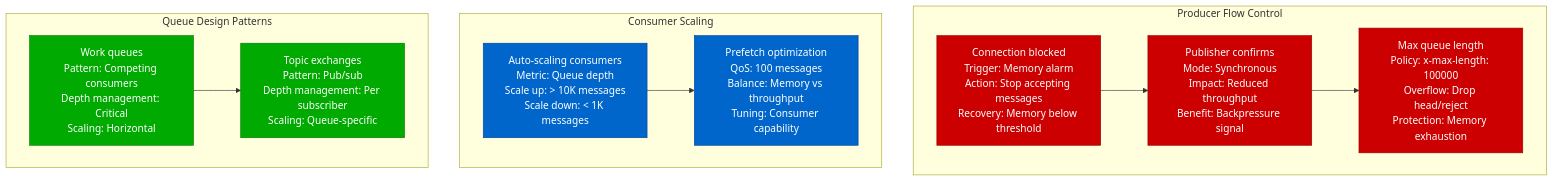
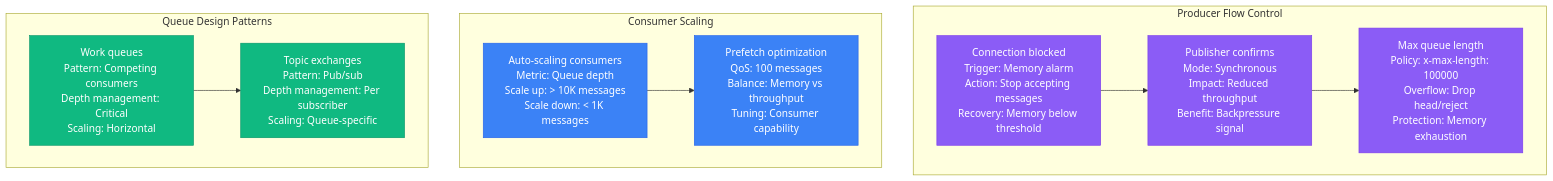
The second of 13 diagrams in site/docs/performance/rabbitmq-performance-profile.md (deepaucksharma/DS), drawn with Mermaid before and after one commit. The commit also changed other lines of this file and 303 other files, not shown here.

````diff
--- a/site/docs/performance/rabbitmq-performance-profile.md
+++ b/site/docs/performance/rabbitmq-performance-profile.md
@@ -58,36 +58,36 @@
 ```mermaid
 graph TB
     subgraph "Producer Flow Control"
         PFC1[Connection blocked<br/>Trigger: Memory alarm<br/>Action: Stop accepting messages<br/>Recovery: Memory below threshold]
 
         PFC2[Publisher confirms<br/>Mode: Synchronous<br/>Impact: Reduced throughput<br/>Benefit: Backpressure signal]
 
         PFC3[Max queue length<br/>Policy: x-max-length: 100000<br/>Overflow: Drop head/reject<br/>Protection: Memory exhaustion]
 
         PFC1 --> PFC2 --> PFC3
     end
 
     subgraph "Consumer Scaling"
         CS1[Auto-scaling consumers<br/>Metric: Queue depth<br/>Scale up: > 10K messages<br/>Scale down: < 1K messages]
 
         CS2[Prefetch optimization<br/>QoS: 100 messages<br/>Balance: Memory vs throughput<br/>Tuning: Consumer capability]
 
         CS1 --> CS2
     end
 
     subgraph "Queue Design Patterns"
         QDP1[Work queues<br/>Pattern: Competing consumers<br/>Depth management: Critical<br/>Scaling: Horizontal]
 
         QDP2[Topic exchanges<br/>Pattern: Pub/sub<br/>Depth management: Per subscriber<br/>Scaling: Queue-specific]
 
         QDP1 --> QDP2
     end
 
-    classDef flowControlStyle fill:#CC0000,stroke:#990000,color:#fff
-    classDef consumerStyle fill:#0066CC,stroke:#004499,color:#fff
-    classDef designStyle fill:#00AA00,stroke:#007700,color:#fff
+    classDef flowControlStyle fill:#8B5CF6,stroke:#7C3AED,color:#fff
+    classDef consumerStyle fill:#3B82F6,stroke:#2563EB,color:#fff
+    classDef designStyle fill:#10B981,stroke:#059669,color:#fff
 
     class PFC1,PFC2,PFC3 flowControlStyle
     class CS1,CS2 consumerStyle
     class QDP1,QDP2 designStyle
 ```
````
